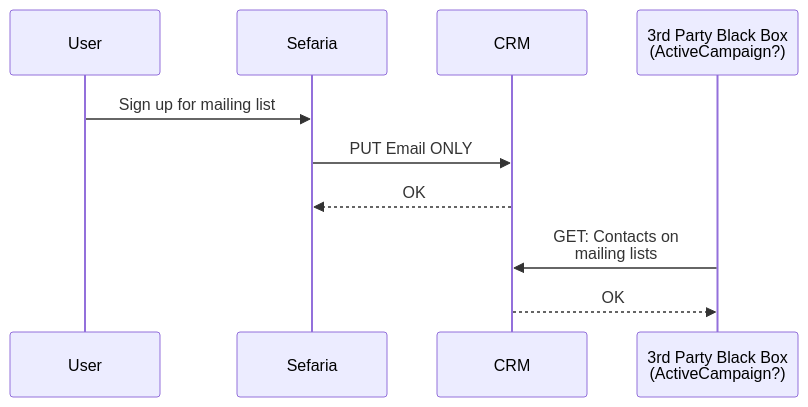
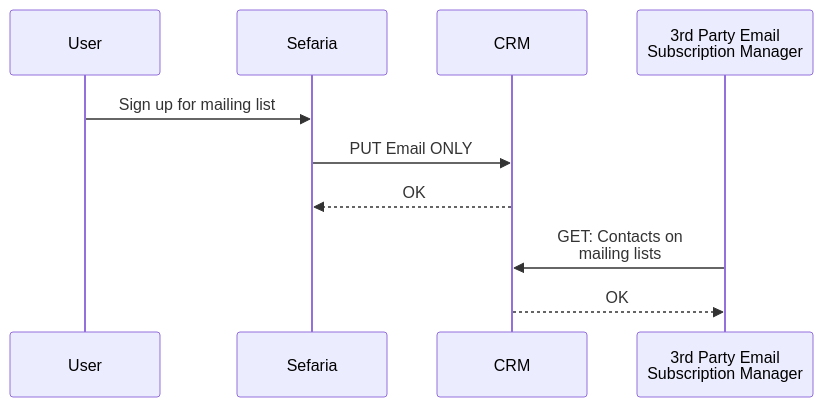
One commit to sidzan/Lopenling-reader changed the fourth of 4 diagrams in sefaria/helper/crm/crm.md. Above: the diagram before and after it, drawn with Mermaid. The commit also changed other lines of this file, not shown here.

Commit message:
docs(crm): Add text to sequence diagrams explaining interactions with the CRM

````diff
--- a/sefaria/helper/crm/crm.md
+++ b/sefaria/helper/crm/crm.md
@@ -87,12 +97,12 @@
 ```mermaid
 sequenceDiagram
     participant User 
     participant Sefaria
     Participant CRM
-    Participant 3rd as 3rd Party Black Box<br>(ActiveCampaign?)
+    Participant 3rd as 3rd Party Email<br>Subscription Manager
     User->>Sefaria: Sign up for mailing list
     Sefaria->>CRM: PUT Email ONLY
     CRM-->>Sefaria: OK
     3rd->>CRM: GET: Contacts on<br>mailing lists
     CRM-->>3rd: OK
 ```
````
